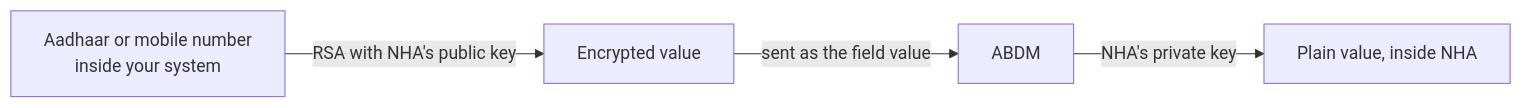
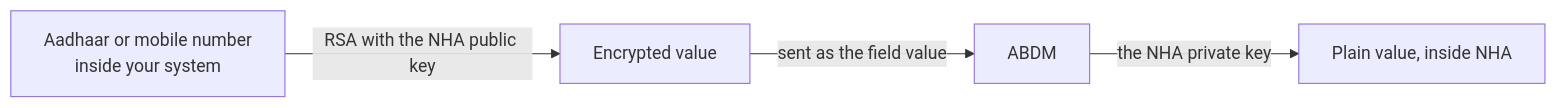
One commit to nha-in/docs changed the diagram in site/docs/hiecm/v3/concepts/encryption.md. Above: the diagram before and after it, drawn with Mermaid. The commit also changed other lines of this file and 11 other files, not shown here.

````diff
--- a/site/docs/hiecm/v3/concepts/encryption.md
+++ b/site/docs/hiecm/v3/concepts/encryption.md
@@ -33,6 +33,6 @@
 ```mermaid
 graph LR
-  A["Aadhaar or mobile number<br/>inside your system"] -->|RSA with NHA's public key| B["Encrypted value"]
+  A["Aadhaar or mobile number<br/>inside your system"] -->|RSA with the NHA public key| B["Encrypted value"]
   B -->|sent as the field value| C["ABDM"]
-  C -->|NHA's private key| D["Plain value, inside NHA"]
+  C -->|the NHA private key| D["Plain value, inside NHA"]
 ```
````
